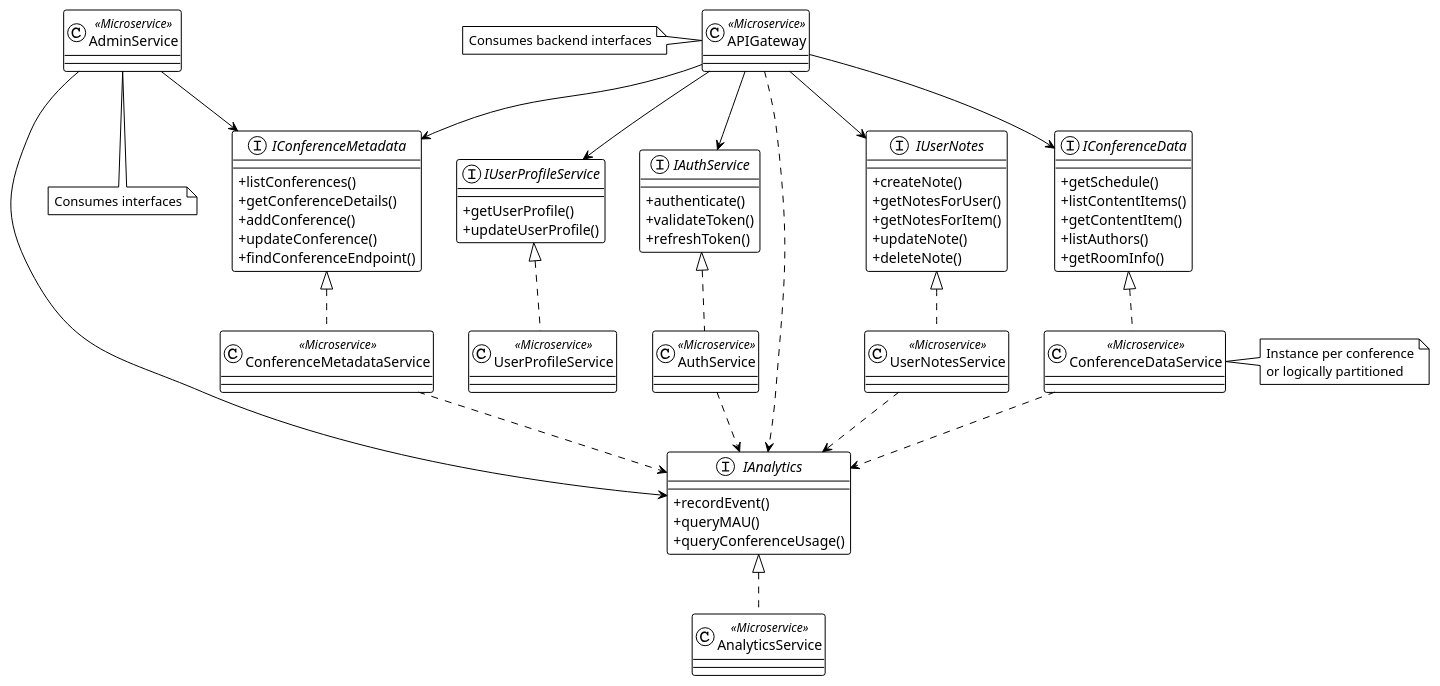
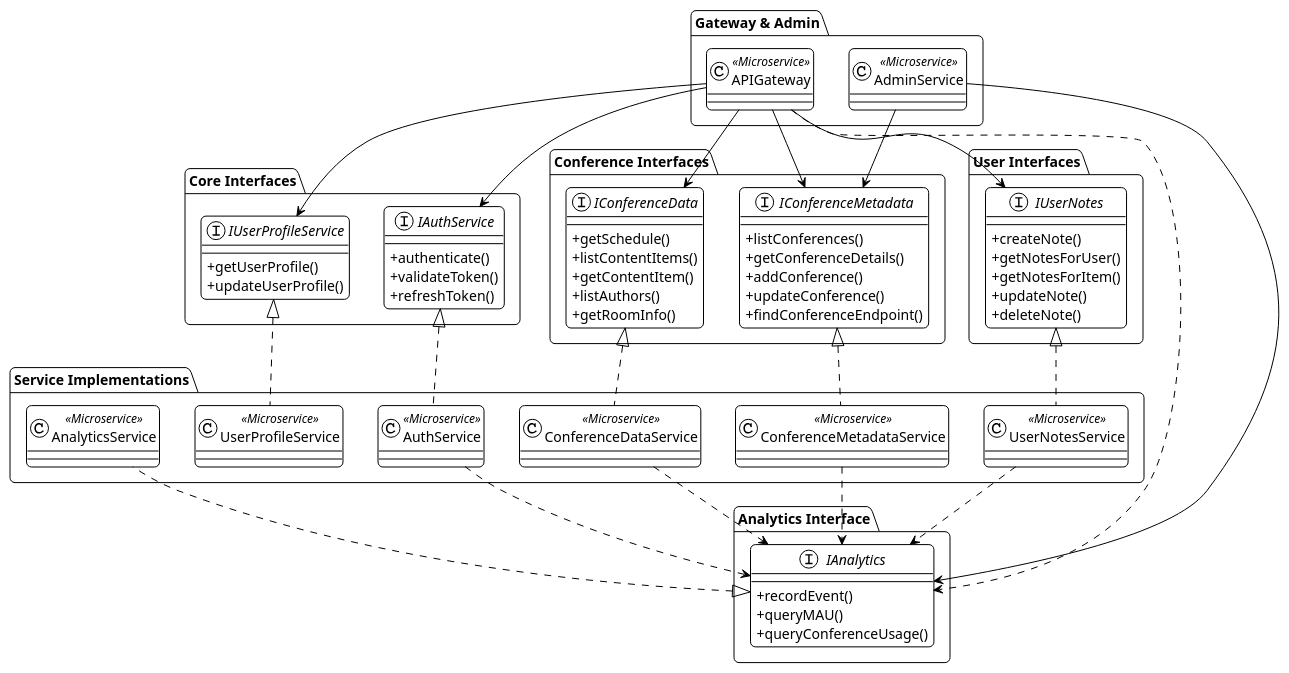
Before and after one commit to Guillermode20/softarch2-uni-work: the diagram in logical/logical_interface_diagram.puml, drawn with PlantUML. The commit also changed 5 other files, not shown here.

Commit message:
Refactor logical diagrams to organize components into packages and improve readability. Updated sequence diagram to reflect new groupings and added skin parameters for consistency across diagrams.

```diff
--- a/logical/logical_interface_diagram.puml
+++ b/logical/logical_interface_diagram.puml
@@ -1,81 +1,101 @@
 @startuml
 !theme plain
+skinparam ClassAttributeIconSize 0
+skinparam roundcorner 10
+skinparam sequenceMessageAlign center
 
-skinparam ClassAttributeIconSize 0
+' ===== Core Interfaces =====
+package "Core Interfaces" {
+    interface IAuthService {
+        + authenticate()
+        + validateToken()
+        + refreshToken()
+    }
 
-interface IAuthService {
-    + authenticate()
-    + validateToken()
-    + refreshToken()
+    interface IUserProfileService {
+        + getUserProfile()
+        + updateUserProfile()
+    }
 }
 
-interface IUserProfileService {
-    + getUserProfile()
-    + updateUserProfile()
+' ===== Conference Interfaces =====
+package "Conference Interfaces" {
+    interface IConferenceMetadata {
+        + listConferences()
+        + getConferenceDetails()
+        + addConference()
+        + updateConference()
+        + findConferenceEndpoint()
+    }
+
+    interface IConferenceData {
+        + getSchedule()
+        + listContentItems()
+        + getContentItem()
+        + listAuthors()
+        + getRoomInfo()
+    }
 }
 
-interface IConferenceMetadata {
-    + listConferences()
-    + getConferenceDetails()
-    + addConference()
-    + updateConference()
-    + findConferenceEndpoint()
+' ===== User Interfaces =====
+package "User Interfaces" {
+    interface IUserNotes {
+        + createNote()
+        + getNotesForUser()
+        + getNotesForItem()
+        + updateNote()
+        + deleteNote()
+    }
 }
 
-interface IConferenceData {
-    + getSchedule()
-    + listContentItems()
-    + getContentItem()
-    + listAuthors()
-    + getRoomInfo()
+' ===== Analytics Interface =====
+package "Analytics Interface" {
+    interface IAnalytics {
+        + recordEvent()
+        + queryMAU()
+        + queryConferenceUsage()
+    }
 }
 
-interface IUserNotes {
-    + createNote()
-    + getNotesForUser()
-    + getNotesForItem()
-    + updateNote()
-    + deleteNote()
+' ===== Service Implementations =====
+package "Service Implementations" {
+    class AuthService <<Microservice>>
+    class UserProfileService <<Microservice>>
+    class ConferenceMetadataService <<Microservice>>
+    class ConferenceDataService <<Microservice>>
+    class UserNotesService <<Microservice>>
+    class AnalyticsService <<Microservice>>
 }
 
-interface IAnalytics {
-    + recordEvent()
-    + queryMAU()
-    + queryConferenceUsage()
+' ===== Gateway & Admin =====
+package "Gateway & Admin" {
+    class APIGateway <<Microservice>>
+    class AdminService <<Microservice>>
 }
 
-class AuthService <<Microservice>>
-class UserProfileService <<Microservice>>
-class ConferenceMetadataService <<Microservice>>
-class ConferenceDataService <<Microservice>>
-note right of ConferenceDataService : Instance per conference\nor logically partitioned
-class UserNotesService <<Microservice>>
-class AnalyticsService <<Microservice>>
-
-class APIGateway <<Microservice>>
-note left of APIGateway : Consumes backend interfaces
-class AdminService <<Microservice>>
-note bottom of AdminService : Consumes interfaces
-
+' ===== Interface Implementations =====
 AuthService .up.|> IAuthService
 UserProfileService .up.|> IUserProfileService
 ConferenceMetadataService .up.|> IConferenceMetadata
 ConferenceDataService .up.|> IConferenceData
 UserNotesService .up.|> IUserNotes
 AnalyticsService .up.|> IAnalytics
 
+' ===== Gateway Dependencies =====
 APIGateway --> IAuthService
 APIGateway --> IUserProfileService
 APIGateway --> IConferenceMetadata
 APIGateway --> IConferenceData
 APIGateway --> IUserNotes
 APIGateway ..> IAnalytics
 
+' ===== Admin Dependencies =====
 AdminService --> IConferenceMetadata
 AdminService --> IAnalytics
 
+' ===== Analytics Dependencies =====
 AuthService ..> IAnalytics
 ConferenceMetadataService ..> IAnalytics
 ConferenceDataService ..> IAnalytics
 UserNotesService ..> IAnalytics
 @enduml
```
